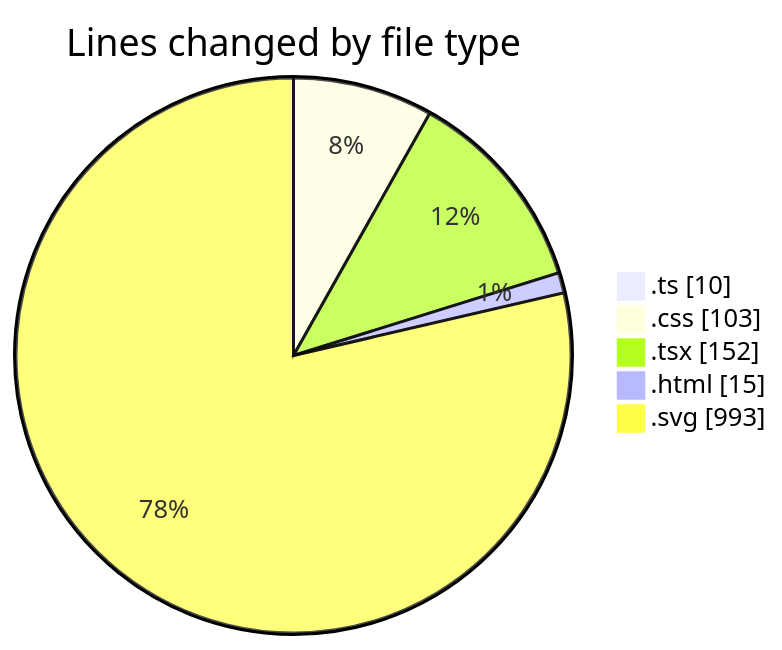
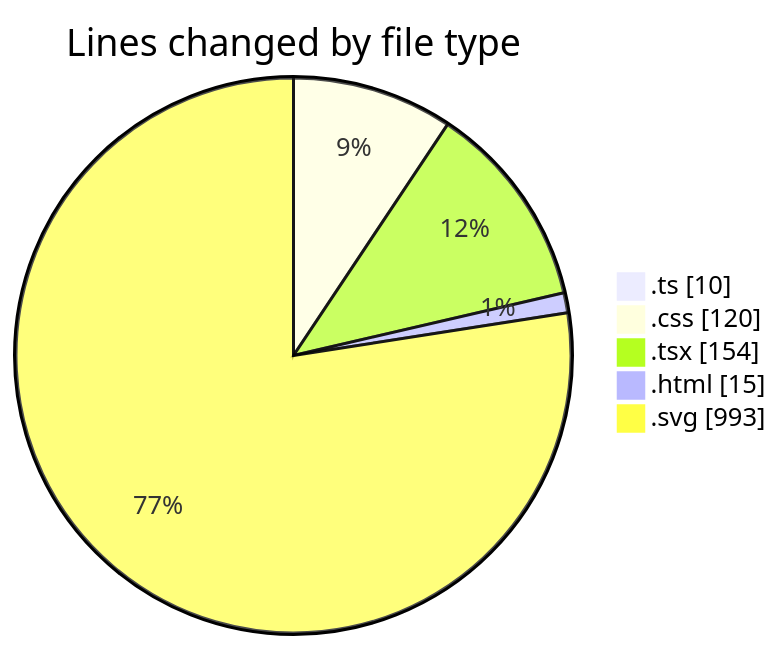
The first of 2 diagrams in 2025-07-31/tw-server/README.md (EIIisD/code-tracking), drawn with Mermaid before and after one commit. The commit also changed other lines of this file and 1 other file, not shown here.

````diff
--- a/2025-07-31/tw-server/README.md
+++ b/2025-07-31/tw-server/README.md
@@ -34,9 +34,9 @@
 ```mermaid
 pie showData
 title Lines changed by file type
 ".ts" : 10
-".css" : 103
-".tsx" : 152
+".css" : 120
+".tsx" : 154
 ".html" : 15
 ".svg" : 993
 ```
````
